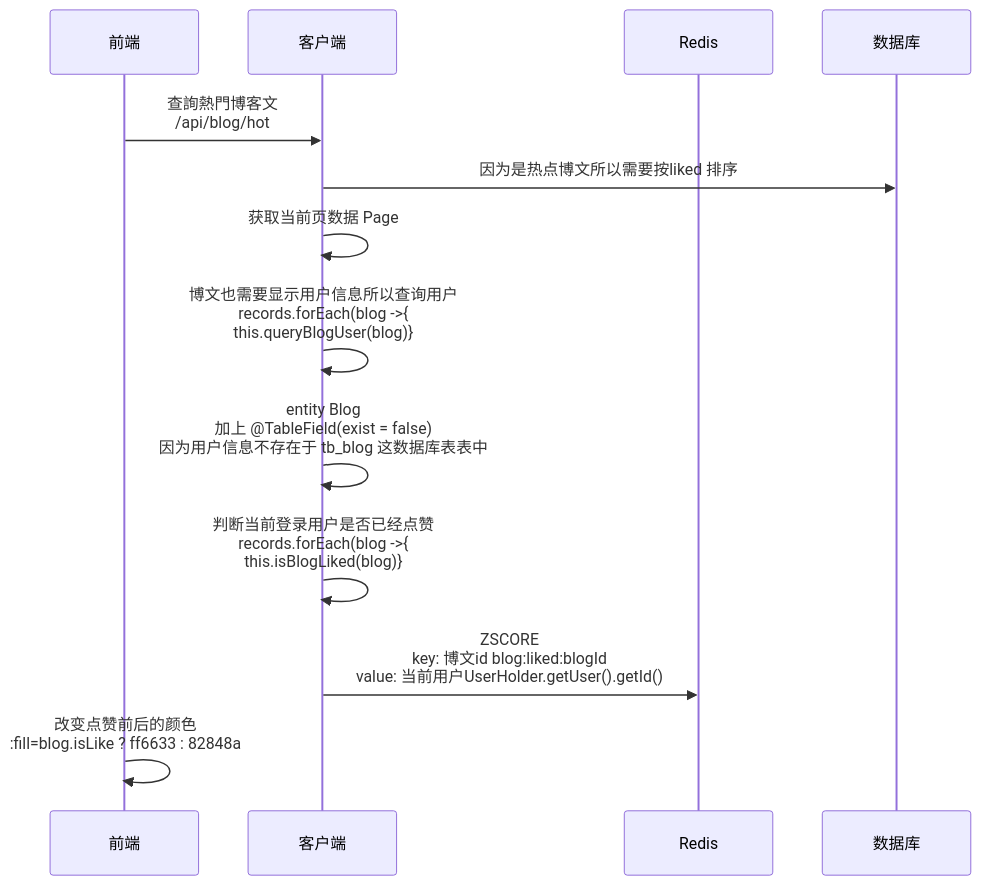
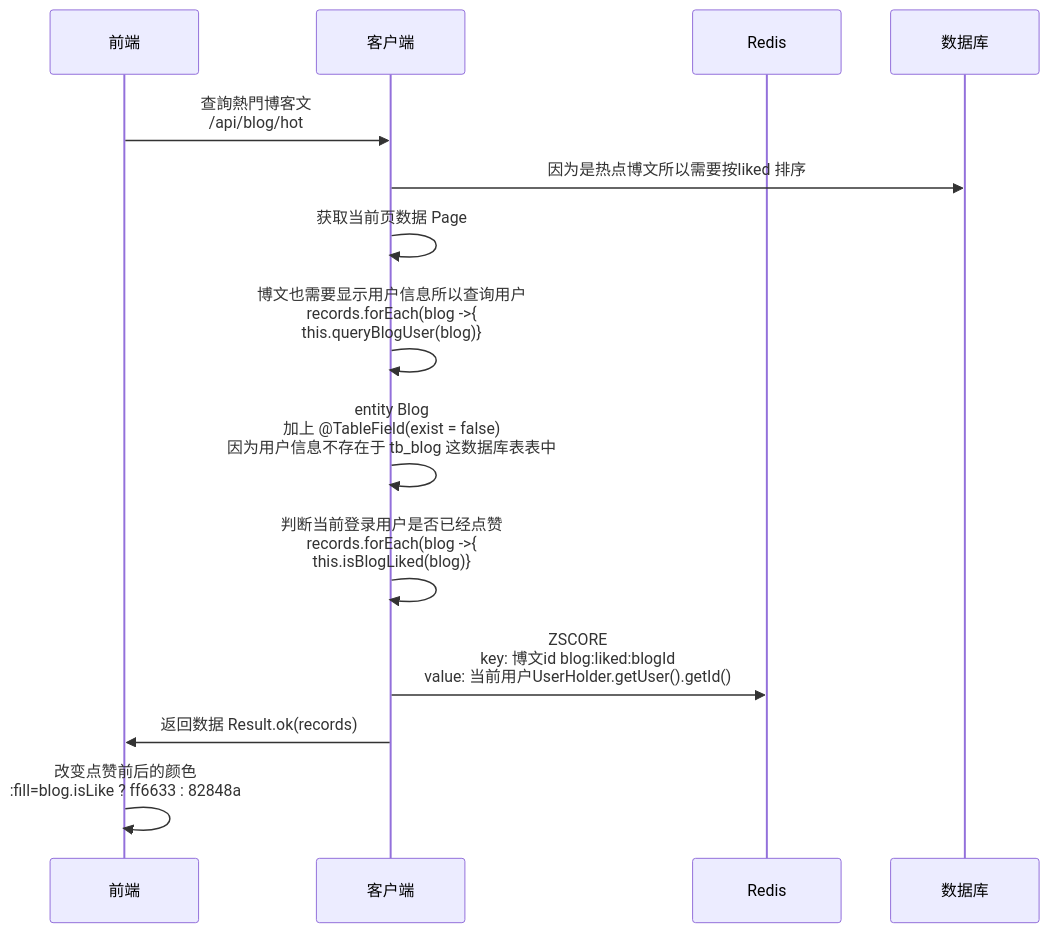
One commit to feed981/e01 changed the first of 2 diagrams in README.md. Above: the diagram before and after it, drawn with Mermaid. The commit also changed other lines of this file, not shown here.

````diff
--- a/README.md
+++ b/README.md
@@ -762,16 +1004,17 @@
 ```mermaid
 sequenceDiagram
     participant 前端
     participant 客户端
     participant Redis
     participant 数据库
 
 	前端->>客户端: 查詢熱門博客文<br>/api/blog/hot
 	客户端->>数据库: 因为是热点博文所以需要按liked 排序
     客户端->>客户端: 获取当前页数据 Page
     客户端->>客户端: 博文也需要显示用户信息所以查询用户<br> records.forEach(blog ->{ <br>this.queryBlogUser(blog)} 
     客户端->>客户端: entity Blog<br>加上 @TableField(exist = false) <br>因为用户信息不存在于 tb_blog 这数据库表表中
     客户端->>客户端: 判断当前登录用户是否已经点赞<br>records.forEach(blog ->{<br>this.isBlogLiked(blog)}
     客户端->>Redis: ZSCORE <br>key: 博文id blog:liked:blogId <br>value: 当前用户UserHolder.getUser().getId()
+客户端->>前端: 返回数据	Result.ok(records)
     前端->>前端: 改变点赞前后的颜色<br>:fill=blog.isLike ? ff6633 : 82848a
 ```
````
